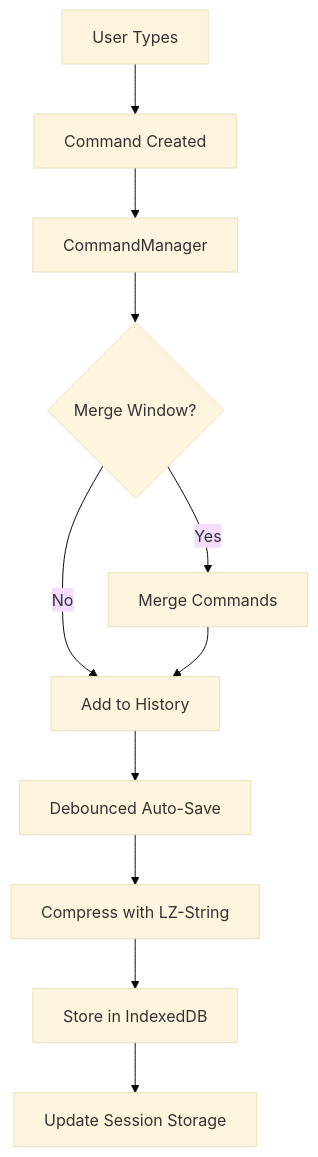
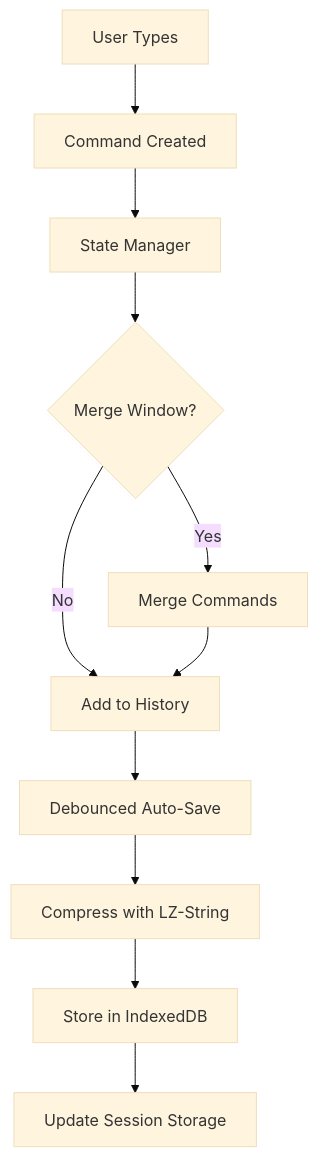
The diagram in src/features/arrangements/docs/AUTO_SAVE_ARCHITECTURE.md (Kuebic/hsa-songbook), drawn with Mermaid (base theme) before and after one commit. The commit also changed other lines of this file and 17 other files, not shown here.

````diff
--- a/src/features/arrangements/docs/AUTO_SAVE_ARCHITECTURE.md
+++ b/src/features/arrangements/docs/AUTO_SAVE_ARCHITECTURE.md
@@ -67,13 +64,13 @@
 ```mermaid
 graph TD
     A[User Types] --> B[Command Created]
-    B --> C[CommandManager]
+    B --> C[State Manager]
     C --> D{Merge Window?}
     D -->|Yes| E[Merge Commands]
     D -->|No| F[Add to History]
     E --> F
     F --> G[Debounced Auto-Save]
     G --> H[Compress with LZ-String]
     H --> I[Store in IndexedDB]
     I --> J[Update Session Storage]
 ```
````
